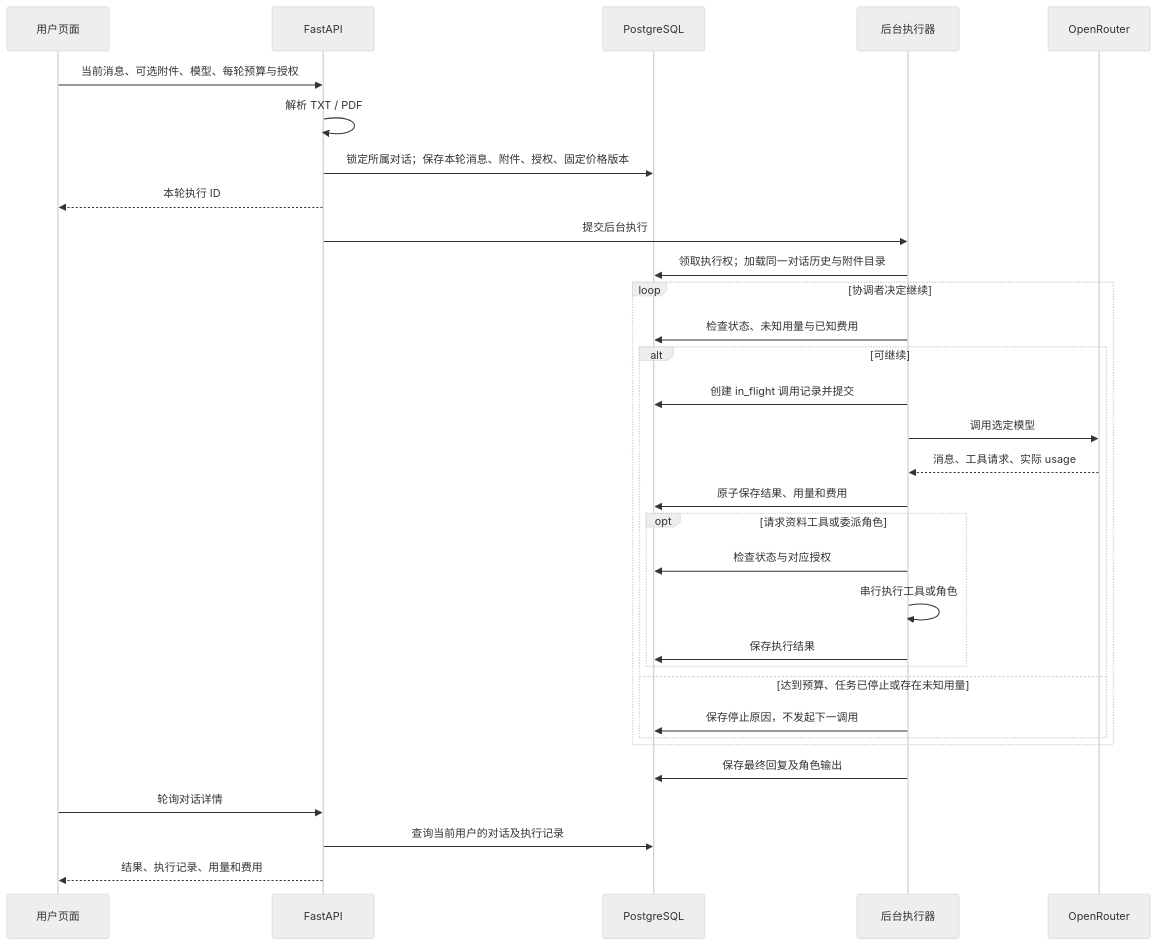
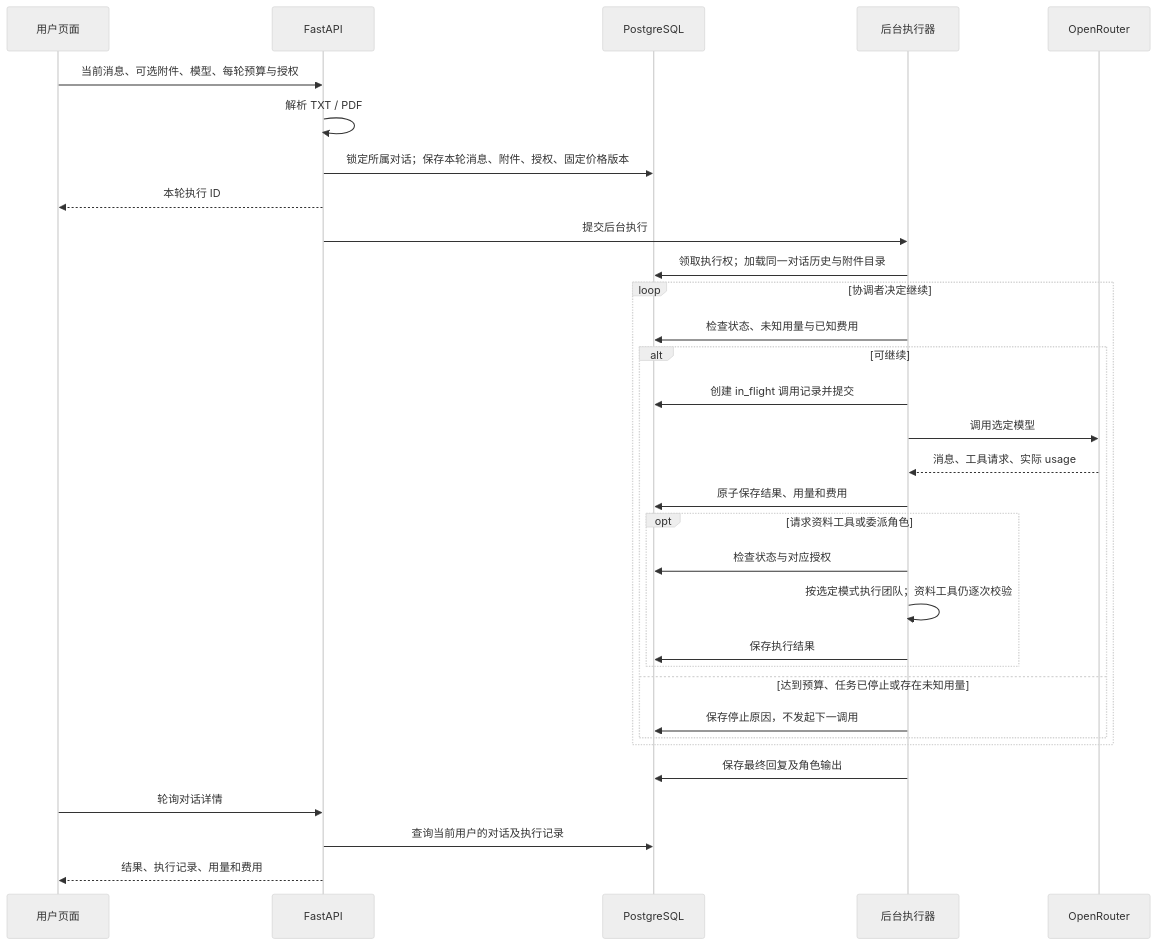
Before and after one commit to icey1287/agent-ledger: the second of 3 diagrams in ARCHITECTURE.md, drawn with Mermaid (neutral theme). The commit also changed other lines of this file and 33 other files, not shown here.

````diff
--- a/ARCHITECTURE.md
+++ b/ARCHITECTURE.md
@@ -82,34 +83,34 @@
 ```mermaid
 sequenceDiagram
     participant U as 用户页面
     participant A as FastAPI
     participant D as PostgreSQL
     participant E as 后台执行器
     participant P as OpenRouter
     U->>A: 当前消息、可选附件、模型、每轮预算与授权
     A->>A: 解析 TXT / PDF
     A->>D: 锁定所属对话；保存本轮消息、附件、授权、固定价格版本
     A-->>U: 本轮执行 ID
     A->>E: 提交后台执行
     E->>D: 领取执行权；加载同一对话历史与附件目录
     loop 协调者决定继续
         E->>D: 检查状态、未知用量与已知费用
         alt 可继续
             E->>D: 创建 in_flight 调用记录并提交
             E->>P: 调用选定模型
             P-->>E: 消息、工具请求、实际 usage
             E->>D: 原子保存结果、用量和费用
             opt 请求资料工具或委派角色
                 E->>D: 检查状态与对应授权
-                E->>E: 串行执行工具或角色
+                E->>E: 按选定模式执行团队；资料工具仍逐次校验
                 E->>D: 保存执行结果
             end
         else 达到预算、任务已停止或存在未知用量
             E->>D: 保存停止原因，不发起下一调用
         end
     end
     E->>D: 保存最终回复及角色输出
     U->>A: 轮询对话详情
     A->>D: 查询当前用户的对话及执行记录
     A-->>U: 结果、执行记录、用量和费用
 ```
````
